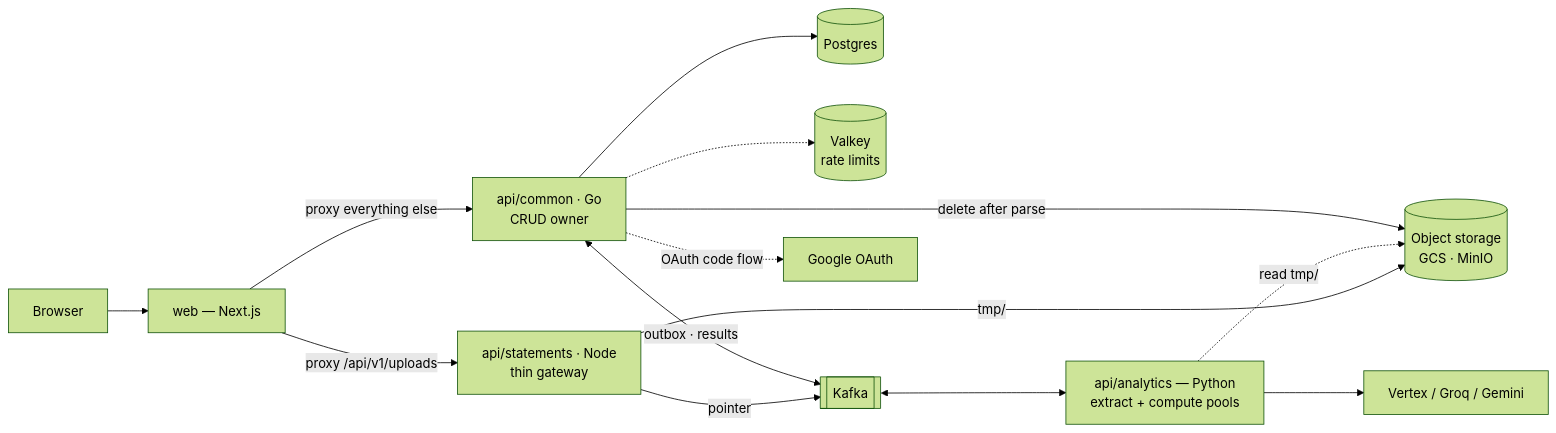
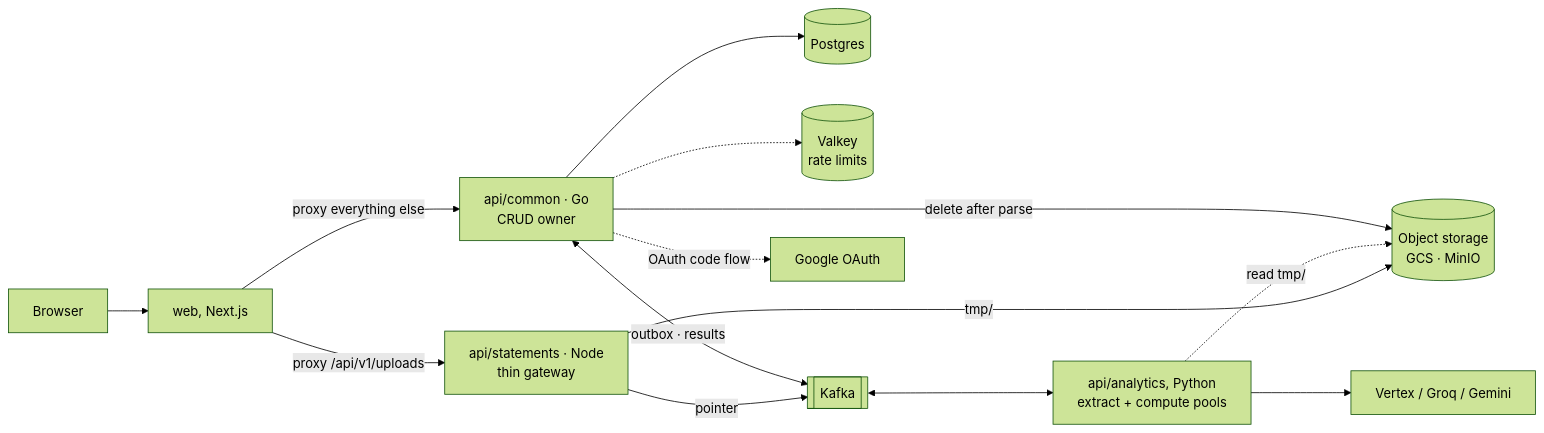
The first of 4 diagrams in docs/architecture.md (cuesoftinc/expendit), drawn with Mermaid (forest theme) before and after one commit. The commit also changed other lines of this file and 20 other files, not shown here.

````diff
--- a/docs/architecture.md
+++ b/docs/architecture.md
@@ -11,16 +11,16 @@
 ```mermaid
 flowchart LR
-    BR[Browser] --> WEB[web — Next.js]
+    BR[Browser] --> WEB[web, Next.js]
     WEB -->|proxy /api/v1/uploads| ST[api/statements · Node<br/>thin gateway]
     WEB -->|proxy everything else| CM[api/common · Go<br/>CRUD owner]
     CM --> PG[(Postgres)]
     CM -.-> R[(Valkey<br/>rate limits)]
     ST -->|tmp/| OS[(Object storage<br/>GCS · MinIO)]
     AN -.->|read tmp/| OS
     CM -->|delete after parse| OS
     ST -->|pointer| K[[Kafka]]
     CM <-->|outbox · results| K
-    K <--> AN[api/analytics — Python<br/>extract + compute pools]
+    K <--> AN[api/analytics, Python<br/>extract + compute pools]
     AN --> AI[Vertex / Groq / Gemini]
     CM -.->|OAuth code flow| FB[Google OAuth]
 ```
````
